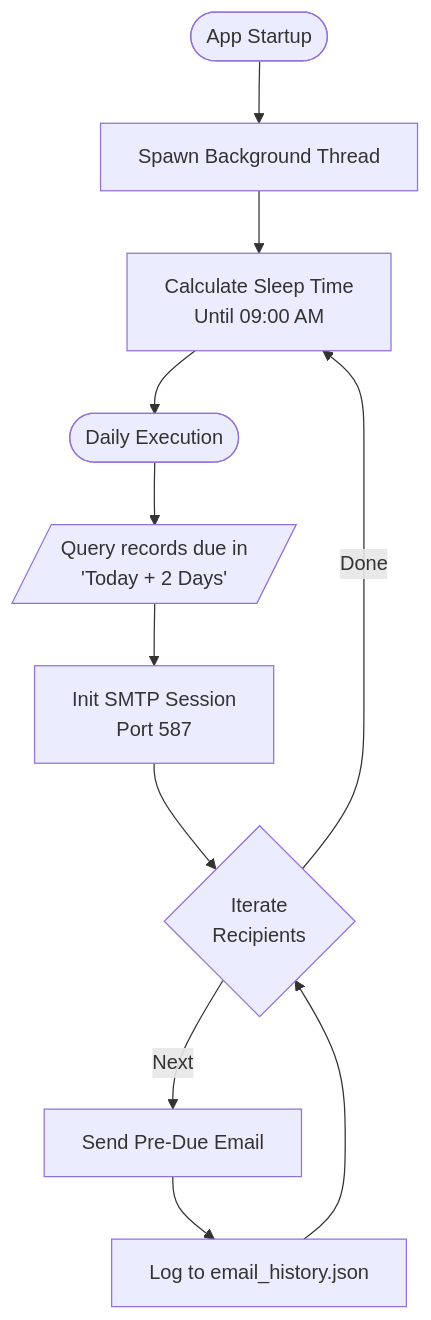
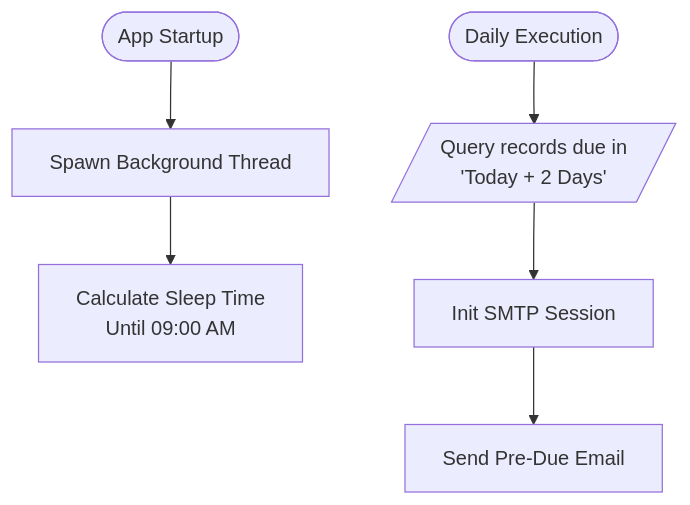
The fourth of 4 diagrams in IARE_SYSTEM_DOCUMENTATION.md (YashDate31/Library-Management-System-for-Desktop), drawn with Mermaid before and after one commit. The commit also changed other lines of this file and 1 other file, not shown here.

````diff
--- a/IARE_SYSTEM_DOCUMENTATION.md
+++ b/IARE_SYSTEM_DOCUMENTATION.md
@@ -232,17 +186,8 @@
 ```mermaid
 flowchart TD
     Start([App Startup]) --> Thread[Spawn Background Thread]
     Thread --> Sleep[Calculate Sleep Time<br/>Until 09:00 AM]
-    
-    Sleep --> Trigger([Daily Execution])
-    Trigger --> Query[/Query records due in<br/>'Today + 2 Days'/]
-    
-    Query --> SMTP[Init SMTP Session<br/>Port 587]
-    SMTP --> Loop{Iterate<br/>Recipients}
-    
-    Loop -- Next --> Send[Send Pre-Due Email]
-    Send --> History[Log to email_history.json]
-    History --> Loop
-    
-    Loop -- Done --> Sleep
+    Trigger([Daily Execution]) --> Query[/Query records due in<br/>'Today + 2 Days'/]
+    Query --> SMTP[Init SMTP Session]
+    SMTP --> Send[Send Pre-Due Email]
 ```
````
